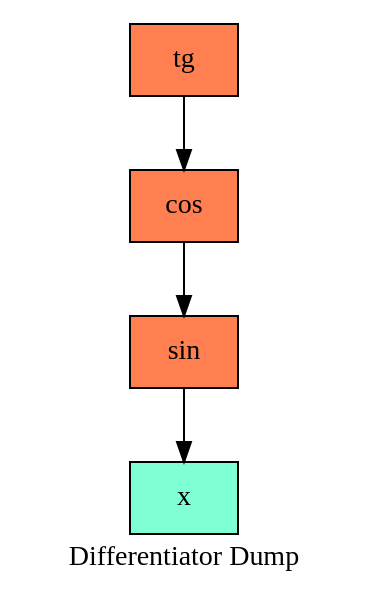
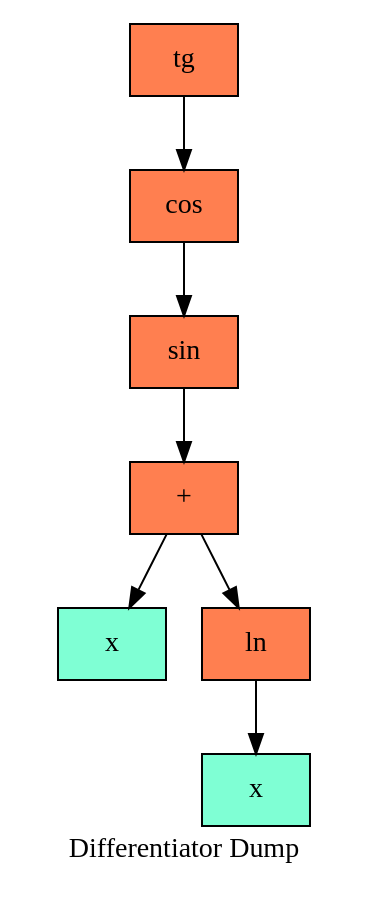
The diagram in log/dot/treegraph_0.dot (aidenfmunro/Differentiator), drawn with Graphviz before and after one commit. The commit also changed 20 other files, not shown here.

```diff
--- a/log/dot/treegraph_0.dot
+++ b/log/dot/treegraph_0.dot
@@ -1,13 +1,19 @@
   digraph tree  {
   node[   shape     = "Mrecord",  style     = "filled",  fillcolor = "aqua",  fontcolor = "#000000",  margin    = "0.075"];
   rankdir   = "TB";
 
   label     = "Differentiator Dump";
 "node0" [shape = "record", label = "{tg}", fillcolor = "coral"]
 "node1" [shape = "record", label = "{cos}", fillcolor = "coral"]
 "node2" [shape = "record", label = "{sin}", fillcolor = "coral"]
-"node3" [shape = "record", label = "{x}", fillcolor = "aquamarine"]
+"node3" [shape = "record", label = "{+}", fillcolor = "coral"]
+"node4" [shape = "record", label = "{x}", fillcolor = "aquamarine"]
+"node3" -> "node4"
+"node5" [shape = "record", label = "{ln}", fillcolor = "coral"]
+"node6" [shape = "record", label = "{x}", fillcolor = "aquamarine"]
+"node5" -> "node6"
+"node3" -> "node5"
 "node2" -> "node3"
 "node1" -> "node2"
 "node0" -> "node1"
   }
```
